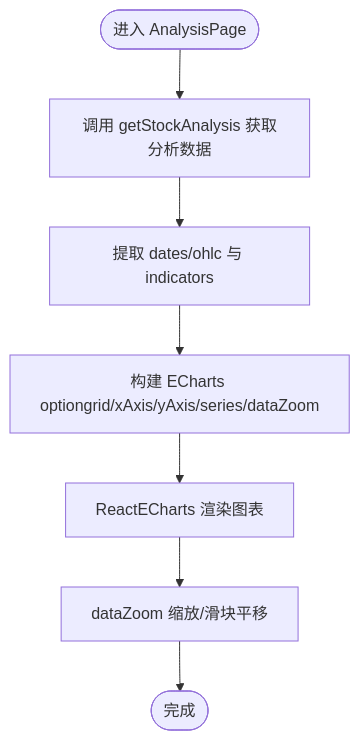
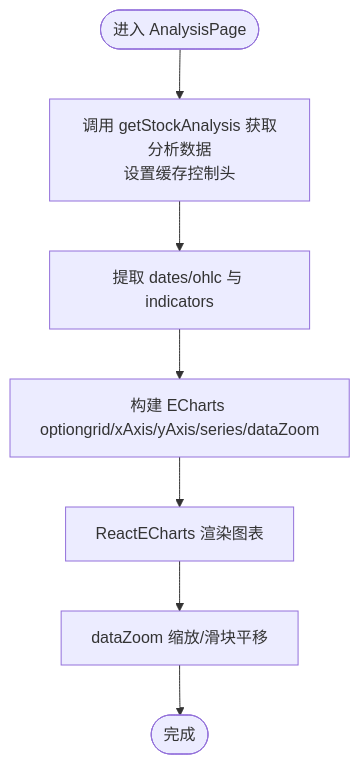
One commit to Moruime/stock_foker changed the third of 7 diagrams in .qoder/repowiki/zh/content/核心功能/技术面分析系统/图表展示集成.md. Above: the diagram before and after it, drawn with Mermaid. The commit also changed other lines of this file and 15 other files, not shown here.

````diff
--- a/.qoder/repowiki/zh/content/核心功能/技术面分析系统/图表展示集成.md
+++ b/.qoder/repowiki/zh/content/核心功能/技术面分析系统/图表展示集成.md
@@ -147,9 +161,9 @@
 ```mermaid
 flowchart TD
-Start(["进入 AnalysisPage"]) --> Fetch["调用 getStockAnalysis 获取分析数据"]
+Start(["进入 AnalysisPage"]) --> Fetch["调用 getStockAnalysis 获取分析数据<br/>设置缓存控制头"]
 Fetch --> Prepare["提取 dates/ohlc 与 indicators"]
 Prepare --> BuildOpt["构建 ECharts optiongrid/xAxis/yAxis/series/dataZoom"]
 BuildOpt --> Render["ReactECharts 渲染图表"]
 Render --> Interact["dataZoom 缩放/滑块平移"]
 Interact --> End(["完成"])
 ```
````
